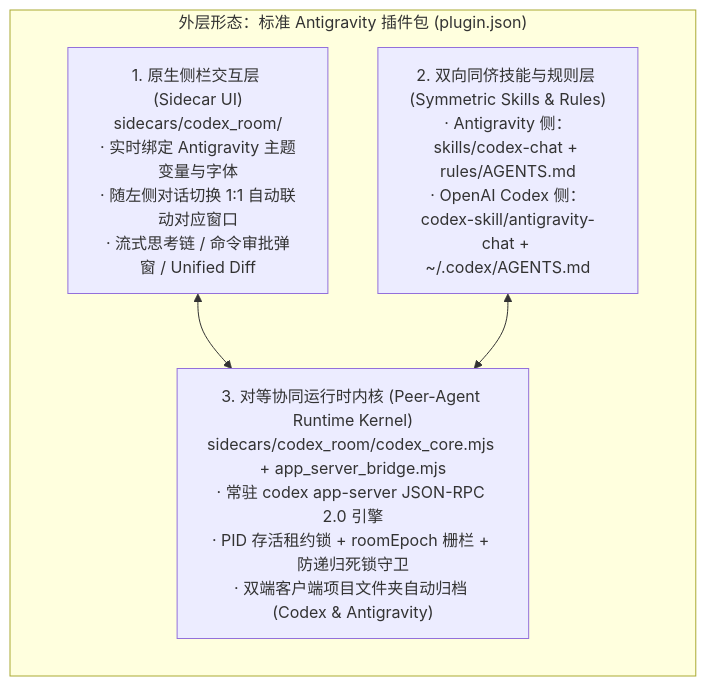
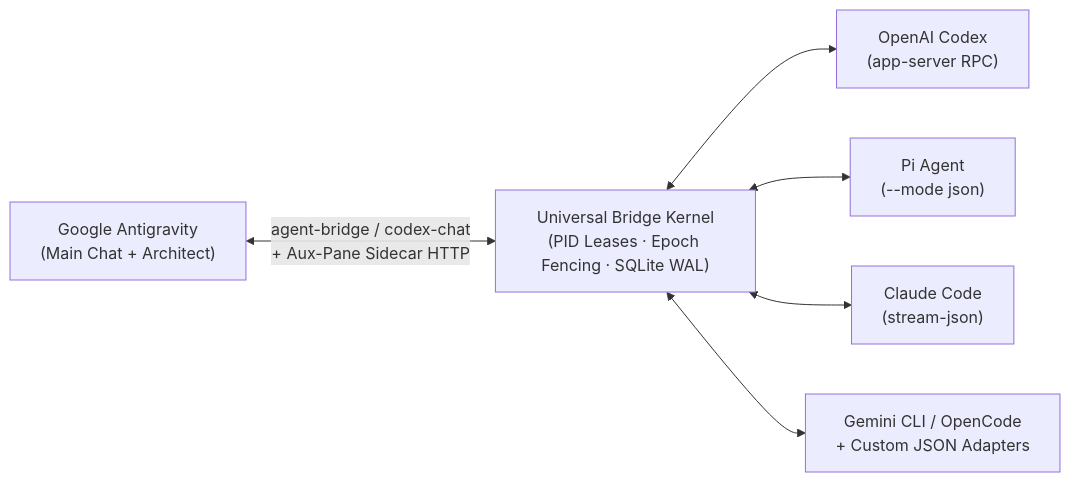
One commit to ZJUSCODE/antigravity-agent-bridge changed the diagram in README.md. Above: the diagram before and after it, drawn with Mermaid. The commit also changed other lines of this file and 19 other files, not shown here.

Commit message:
feat(v5.0.0): universal multi-agent bridge (Codex, Pi, Claude Code, Gemini CLI, OpenCode & Council)

````diff
--- a/README.md
+++ b/README.md
@@ -18,11 +75,8 @@
 ```mermaid
-flowchart TB
-    subgraph Bundle["外层形态：标准 Antigravity 插件包 (plugin.json)"]
-        direction TB
-        UI["1. 原生侧栏交互层 (Sidecar UI)\nsidecars/codex_room/\n· 实时绑定 Antigravity 主题变量与字体\n· 随左侧对话切换 1:1 自动联动对应窗口\n· 流式思考链 / 命令审批弹窗 / Unified Diff"]
-        SKILLS["2. 双向同侪技能与规则层 (Symmetric Skills & Rules)\n· Antigravity 侧：skills/codex-chat + rules/AGENTS.md\n· OpenAI Codex 侧：codex-skill/antigravity-chat + ~/.codex/AGENTS.md"]
-        KERNEL["3. 对等协同运行时内核 (Peer-Agent Runtime Kernel)\nsidecars/codex_room/codex_core.mjs + app_server_bridge.mjs\n· 常驻 codex app-server JSON-RPC 2.0 引擎\n· PID 存活租约锁 + roomEpoch 栅栏 + 防递归死锁守卫\n· 双端客户端项目文件夹自动归档 (Codex & Antigravity)"]
-    end
-    UI <--> KERNEL
-    SKILLS <--> KERNEL
+flowchart LR
+    A["Google Antigravity\n(Main Chat + Architect)"] <-->|"agent-bridge / codex-chat\n+ Aux-Pane Sidecar HTTP"| B["Universal Bridge Kernel\n(PID Leases · Epoch Fencing · SQLite WAL)"]
+    B <--> C1["OpenAI Codex\n(app-server RPC)"]
+    B <--> C2["Pi Agent\n(--mode json)"]
+    B <--> C3["Claude Code\n(stream-json)"]
+    B <--> C4["Gemini CLI / OpenCode\n+ Custom JSON Adapters"]
 ```
````
